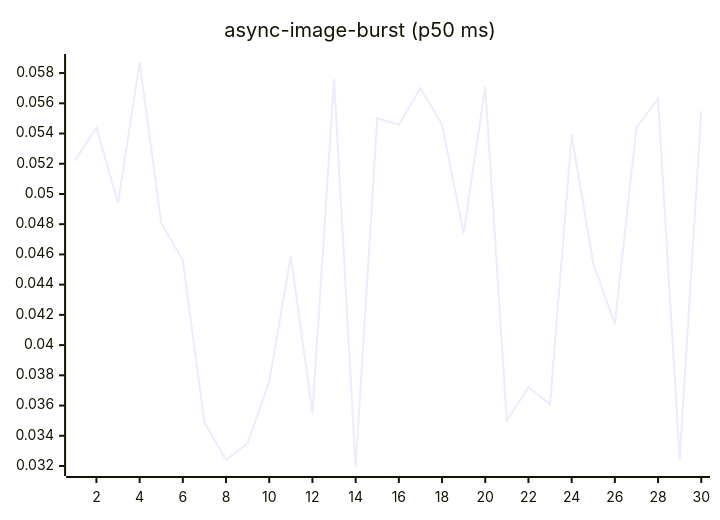
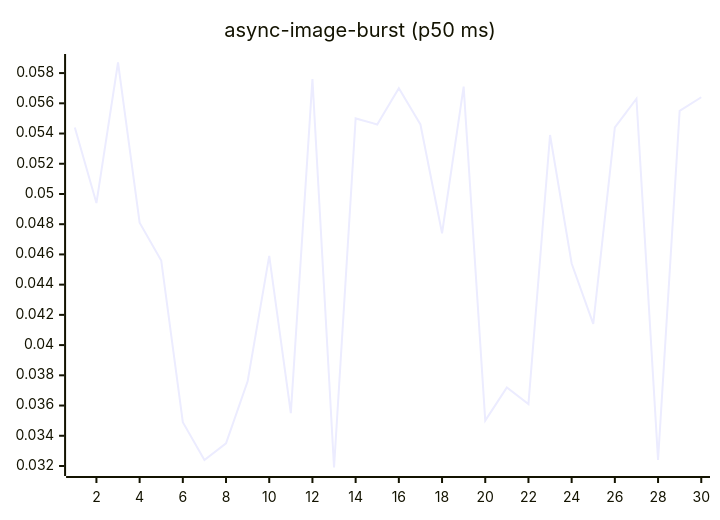
One commit to josha/Facet changed the fourth of 27 diagrams in README.md. Above: the diagram before and after it, drawn with Mermaid. The commit also changed other lines of this file and 2 other files, not shown here.

````diff
--- a/README.md
+++ b/README.md
@@ -84,6 +84,6 @@
 ```mermaid
 xychart-beta
     title "async-image-burst (p50 ms)"
     x-axis 1 --> 30
-    line [0.0522, 0.0544, 0.0494, 0.0587, 0.0481, 0.0456, 0.0349, 0.0324, 0.0335, 0.0376, 0.0459, 0.0355, 0.0576, 0.0319, 0.0550, 0.0546, 0.0570, 0.0546, 0.0474, 0.0571, 0.0350, 0.0372, 0.0361, 0.0539, 0.0454, 0.0414, 0.0544, 0.0563, 0.0324, 0.0555]
+    line [0.0544, 0.0494, 0.0587, 0.0481, 0.0456, 0.0349, 0.0324, 0.0335, 0.0376, 0.0459, 0.0355, 0.0576, 0.0319, 0.0550, 0.0546, 0.0570, 0.0546, 0.0474, 0.0571, 0.0350, 0.0372, 0.0361, 0.0539, 0.0454, 0.0414, 0.0544, 0.0563, 0.0324, 0.0555, 0.0564]
 ```
````
